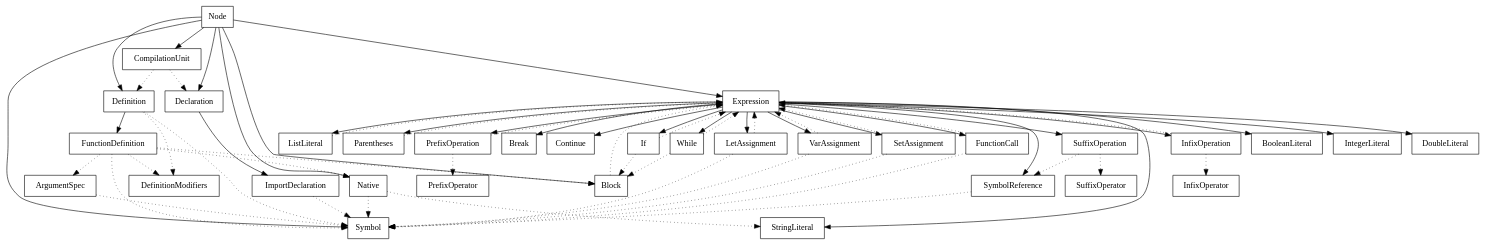
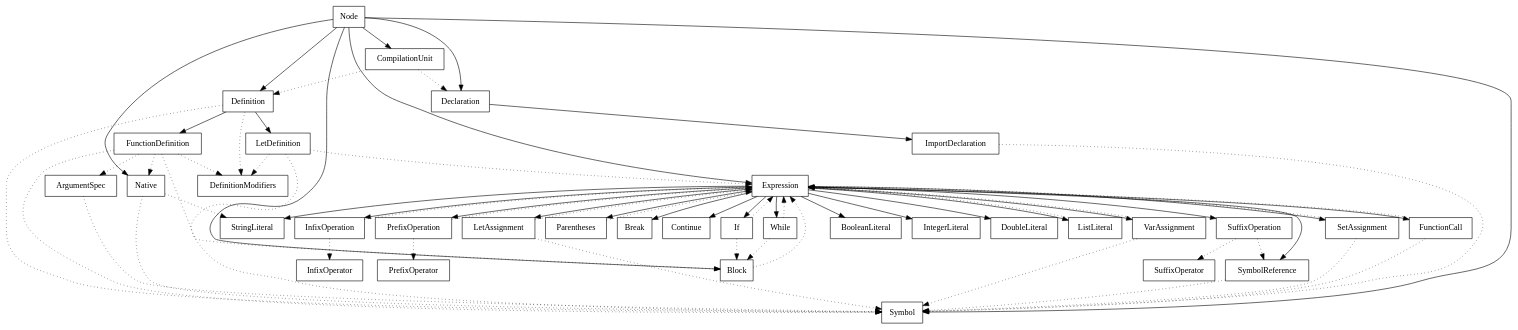
The diagram in ast/src/main/graph/types.dot (gay-pizza/pork), drawn with Graphviz before and after one commit. The commit also changed 11 other files, not shown here.

```diff
--- a/ast/src/main/graph/types.dot
+++ b/ast/src/main/graph/types.dot
@@ -1,97 +1,102 @@
 digraph A {
   type_Node [shape=box,label="Node"]
   type_Expression [shape=box,label="Expression"]
   type_Symbol [shape=box,label="Symbol"]
   type_Declaration [shape=box,label="Declaration"]
   type_Definition [shape=box,label="Definition"]
   type_DefinitionModifiers [shape=box,label="DefinitionModifiers"]
   type_Block [shape=box,label="Block"]
   type_CompilationUnit [shape=box,label="CompilationUnit"]
   type_LetAssignment [shape=box,label="LetAssignment"]
   type_VarAssignment [shape=box,label="VarAssignment"]
   type_SetAssignment [shape=box,label="SetAssignment"]
   type_InfixOperator [shape=box,label="InfixOperator"]
   type_InfixOperation [shape=box,label="InfixOperation"]
   type_BooleanLiteral [shape=box,label="BooleanLiteral"]
   type_FunctionCall [shape=box,label="FunctionCall"]
   type_ArgumentSpec [shape=box,label="ArgumentSpec"]
   type_FunctionDefinition [shape=box,label="FunctionDefinition"]
+  type_LetDefinition [shape=box,label="LetDefinition"]
   type_If [shape=box,label="If"]
   type_ImportDeclaration [shape=box,label="ImportDeclaration"]
   type_IntegerLiteral [shape=box,label="IntegerLiteral"]
   type_DoubleLiteral [shape=box,label="DoubleLiteral"]
   type_ListLiteral [shape=box,label="ListLiteral"]
   type_Parentheses [shape=box,label="Parentheses"]
   type_PrefixOperator [shape=box,label="PrefixOperator"]
   type_PrefixOperation [shape=box,label="PrefixOperation"]
   type_SuffixOperator [shape=box,label="SuffixOperator"]
   type_SuffixOperation [shape=box,label="SuffixOperation"]
   type_StringLiteral [shape=box,label="StringLiteral"]
   type_SymbolReference [shape=box,label="SymbolReference"]
   type_While [shape=box,label="While"]
   type_Break [shape=box,label="Break"]
   type_Continue [shape=box,label="Continue"]
   type_Native [shape=box,label="Native"]
   type_Node -> type_Expression
   type_Node -> type_Symbol
   type_Node -> type_Declaration
   type_Node -> type_Definition
   type_Node -> type_Block
   type_Node -> type_CompilationUnit
   type_Node -> type_Native
   type_Expression -> type_LetAssignment
   type_Expression -> type_VarAssignment
   type_Expression -> type_SetAssignment
   type_Expression -> type_InfixOperation
   type_Expression -> type_BooleanLiteral
   type_Expression -> type_FunctionCall
   type_Expression -> type_If
   type_Expression -> type_IntegerLiteral
   type_Expression -> type_DoubleLiteral
   type_Expression -> type_ListLiteral
   type_Expression -> type_Parentheses
   type_Expression -> type_PrefixOperation
   type_Expression -> type_SuffixOperation
   type_Expression -> type_StringLiteral
   type_Expression -> type_SymbolReference
   type_Expression -> type_While
   type_Expression -> type_Break
   type_Expression -> type_Continue
   type_Definition -> type_FunctionDefinition
+  type_Definition -> type_LetDefinition
   type_Declaration -> type_ImportDeclaration
   type_Definition -> type_Symbol [style=dotted]
   type_Definition -> type_DefinitionModifiers [style=dotted]
   type_Block -> type_Expression [style=dotted]
   type_CompilationUnit -> type_Declaration [style=dotted]
   type_CompilationUnit -> type_Definition [style=dotted]
   type_LetAssignment -> type_Symbol [style=dotted]
   type_LetAssignment -> type_Expression [style=dotted]
   type_VarAssignment -> type_Symbol [style=dotted]
   type_VarAssignment -> type_Expression [style=dotted]
   type_SetAssignment -> type_Symbol [style=dotted]
   type_SetAssignment -> type_Expression [style=dotted]
   type_InfixOperation -> type_Expression [style=dotted]
   type_InfixOperation -> type_InfixOperator [style=dotted]
   type_FunctionCall -> type_Symbol [style=dotted]
   type_FunctionCall -> type_Expression [style=dotted]
   type_ArgumentSpec -> type_Symbol [style=dotted]
   type_FunctionDefinition -> type_DefinitionModifiers [style=dotted]
   type_FunctionDefinition -> type_Symbol [style=dotted]
   type_FunctionDefinition -> type_ArgumentSpec [style=dotted]
   type_FunctionDefinition -> type_Block [style=dotted]
   type_FunctionDefinition -> type_Native [style=dotted]
+  type_LetDefinition -> type_DefinitionModifiers [style=dotted]
+  type_LetDefinition -> type_Symbol [style=dotted]
+  type_LetDefinition -> type_Expression [style=dotted]
   type_If -> type_Expression [style=dotted]
   type_If -> type_Block [style=dotted]
   type_ImportDeclaration -> type_Symbol [style=dotted]
   type_ListLiteral -> type_Expression [style=dotted]
   type_Parentheses -> type_Expression [style=dotted]
   type_PrefixOperation -> type_PrefixOperator [style=dotted]
   type_PrefixOperation -> type_Expression [style=dotted]
   type_SuffixOperation -> type_SuffixOperator [style=dotted]
   type_SuffixOperation -> type_SymbolReference [style=dotted]
   type_SymbolReference -> type_Symbol [style=dotted]
   type_While -> type_Expression [style=dotted]
   type_While -> type_Block [style=dotted]
   type_Native -> type_Symbol [style=dotted]
   type_Native -> type_StringLiteral [style=dotted]
 }
```
